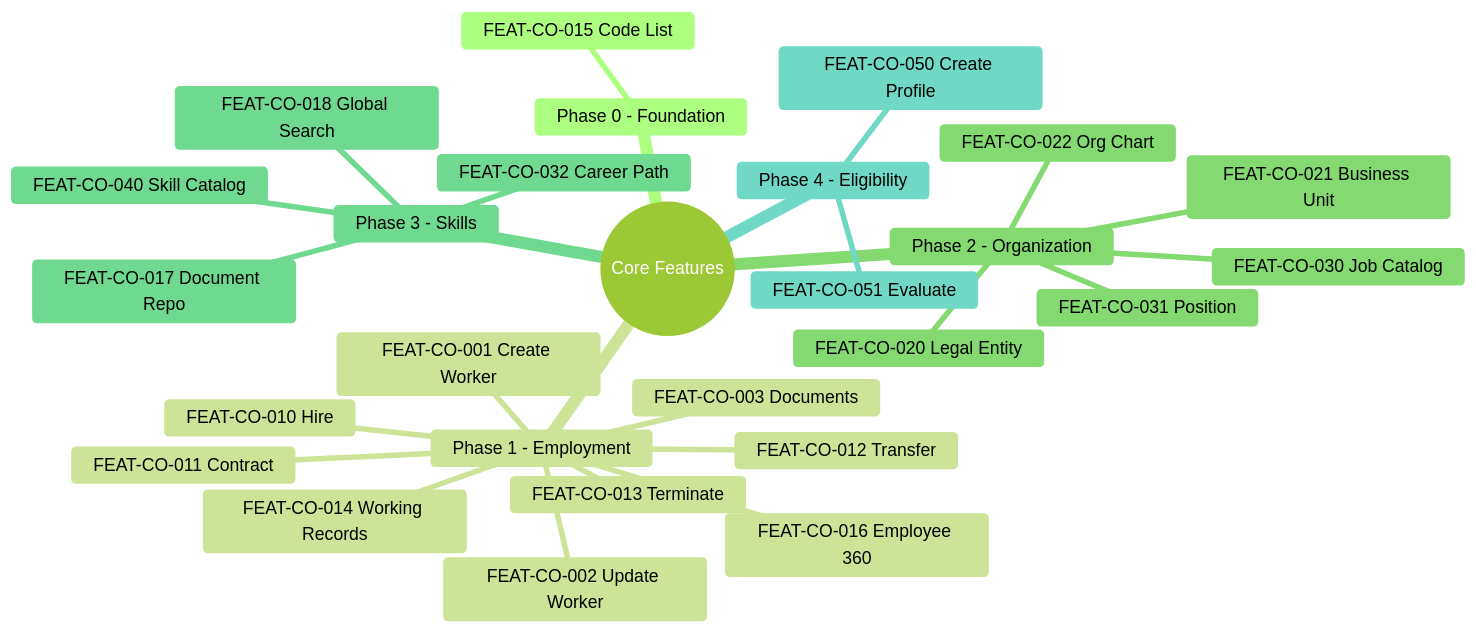
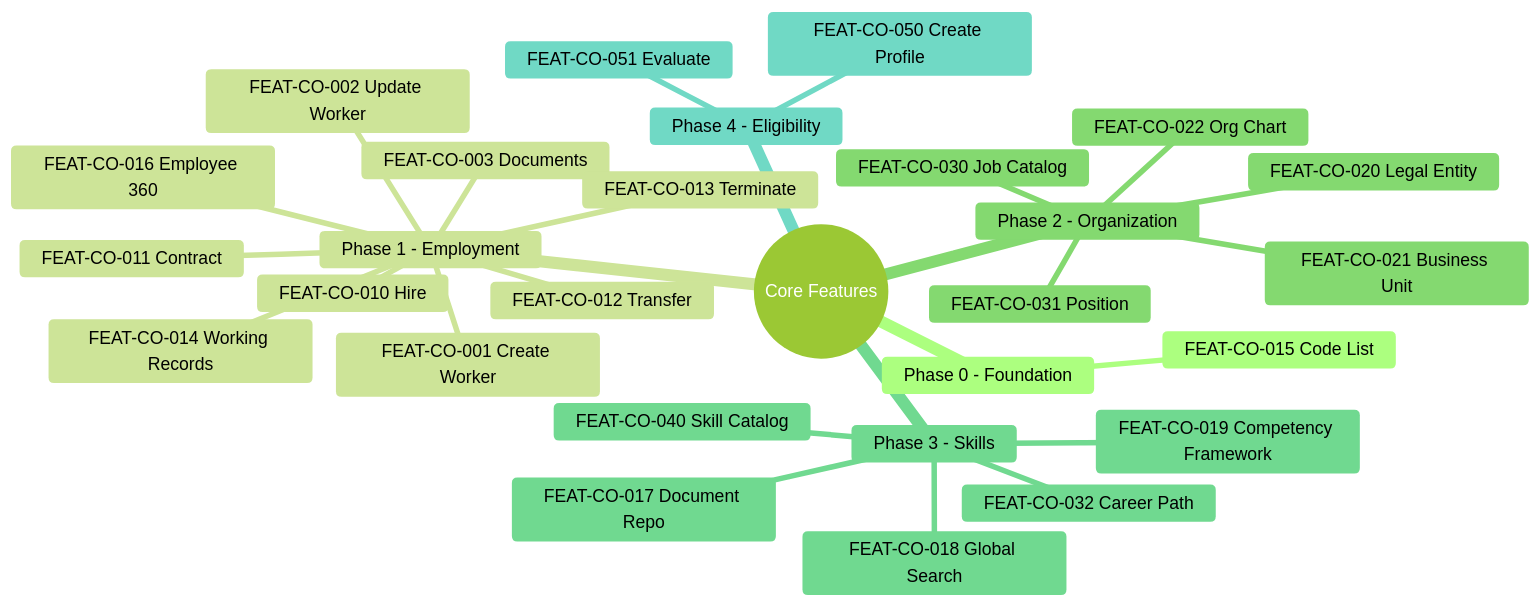
Before and after one commit to a4b-corporation/xTalent: the first of 2 diagrams in docs/01-modules/CO/02-spec/03-features/_index.md, drawn with Mermaid (forest theme). The commit also changed other lines of this file and 2 other files, not shown here.

Commit message:
docs: sync from a4b-doc - update feature competency

````diff
--- a/docs/01-modules/CO/02-spec/03-features/_index.md
+++ b/docs/01-modules/CO/02-spec/03-features/_index.md
@@ -318,30 +330,31 @@
 ```mermaid
 mindmap
   root((Core Features))
     Phase 0 - Foundation
       FEAT-CO-015 Code List
     Phase 1 - Employment
       FEAT-CO-001 Create Worker
       FEAT-CO-002 Update Worker
       FEAT-CO-003 Documents
       FEAT-CO-010 Hire
       FEAT-CO-011 Contract
       FEAT-CO-012 Transfer
       FEAT-CO-013 Terminate
       FEAT-CO-014 Working Records
       FEAT-CO-016 Employee 360
     Phase 2 - Organization
       FEAT-CO-020 Legal Entity
       FEAT-CO-021 Business Unit
       FEAT-CO-022 Org Chart
       FEAT-CO-030 Job Catalog
       FEAT-CO-031 Position
     Phase 3 - Skills
       FEAT-CO-032 Career Path
       FEAT-CO-040 Skill Catalog
       FEAT-CO-017 Document Repo
       FEAT-CO-018 Global Search
+      FEAT-CO-019 Competency Framework
     Phase 4 - Eligibility
       FEAT-CO-050 Create Profile
       FEAT-CO-051 Evaluate
 ```
````
